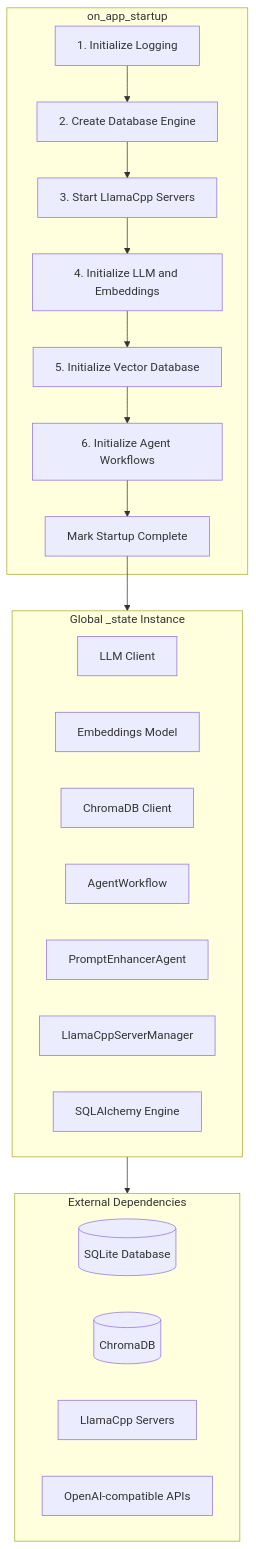
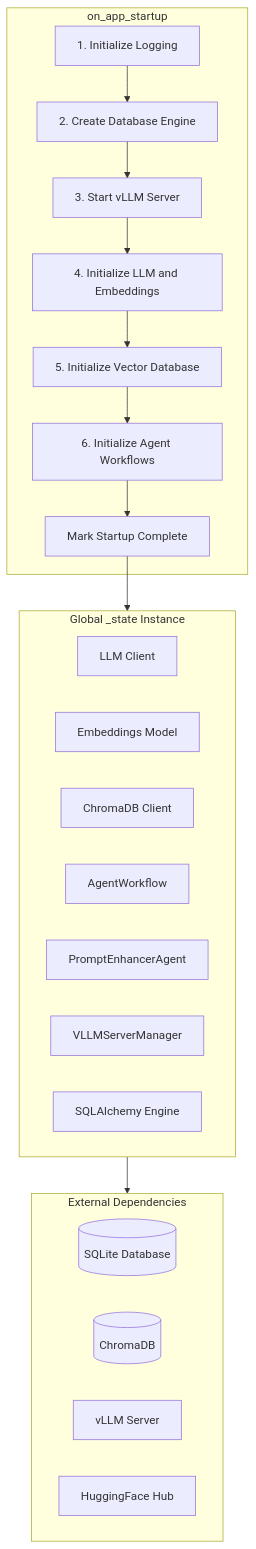
One commit to malvavisc0/aria changed the first of 2 diagrams in docs/web-ui-initialization.md. Above: the diagram before and after it, drawn with Mermaid. The commit also changed other lines of this file and 5 other files, not shown here.

````diff
--- a/docs/web-ui-initialization.md
+++ b/docs/web-ui-initialization.md
@@ -28,32 +28,32 @@
 ```mermaid
 flowchart TB
     subgraph Startup [on_app_startup]
         A[1. Initialize Logging] --> B[2. Create Database Engine]
-        B --> C[3. Start LlamaCpp Servers]
+        B --> C[3. Start vLLM Server]
         C --> D[4. Initialize LLM and Embeddings]
         D --> E[5. Initialize Vector Database]
         E --> F[6. Initialize Agent Workflows]
         F --> G[Mark Startup Complete]
     end
     
     subgraph AppState [Global _state Instance]
         llm[LLM Client]
         embeddings[Embeddings Model]
         vector_db[ChromaDB Client]
         agents_workflow[AgentWorkflow]
         prompt_enhancer[PromptEnhancerAgent]
-        llama_manager[LlamaCppServerManager]
+        vllm_manager[VLLMServerManager]
         db_engine[SQLAlchemy Engine]
     end
     
     G --> AppState
     
     subgraph External [External Dependencies]
         sqlite[(SQLite Database)]
         chromadb[(ChromaDB)]
-        llama_servers[LlamaCpp Servers]
-        openai_api[OpenAI-compatible APIs]
+        vllm_server[vLLM Server]
+        huggingface[HuggingFace Hub]
     end
     
     AppState --> External
 ```
````
